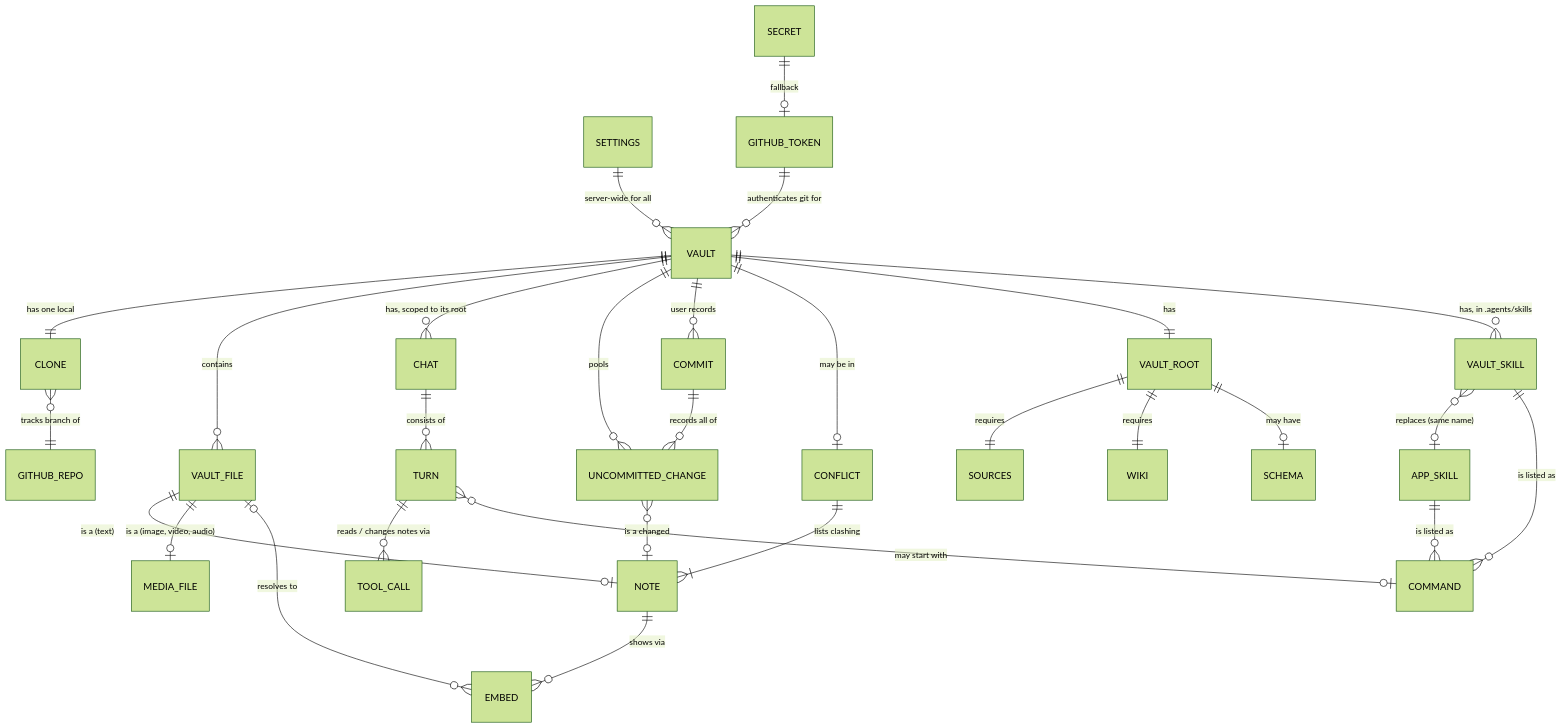
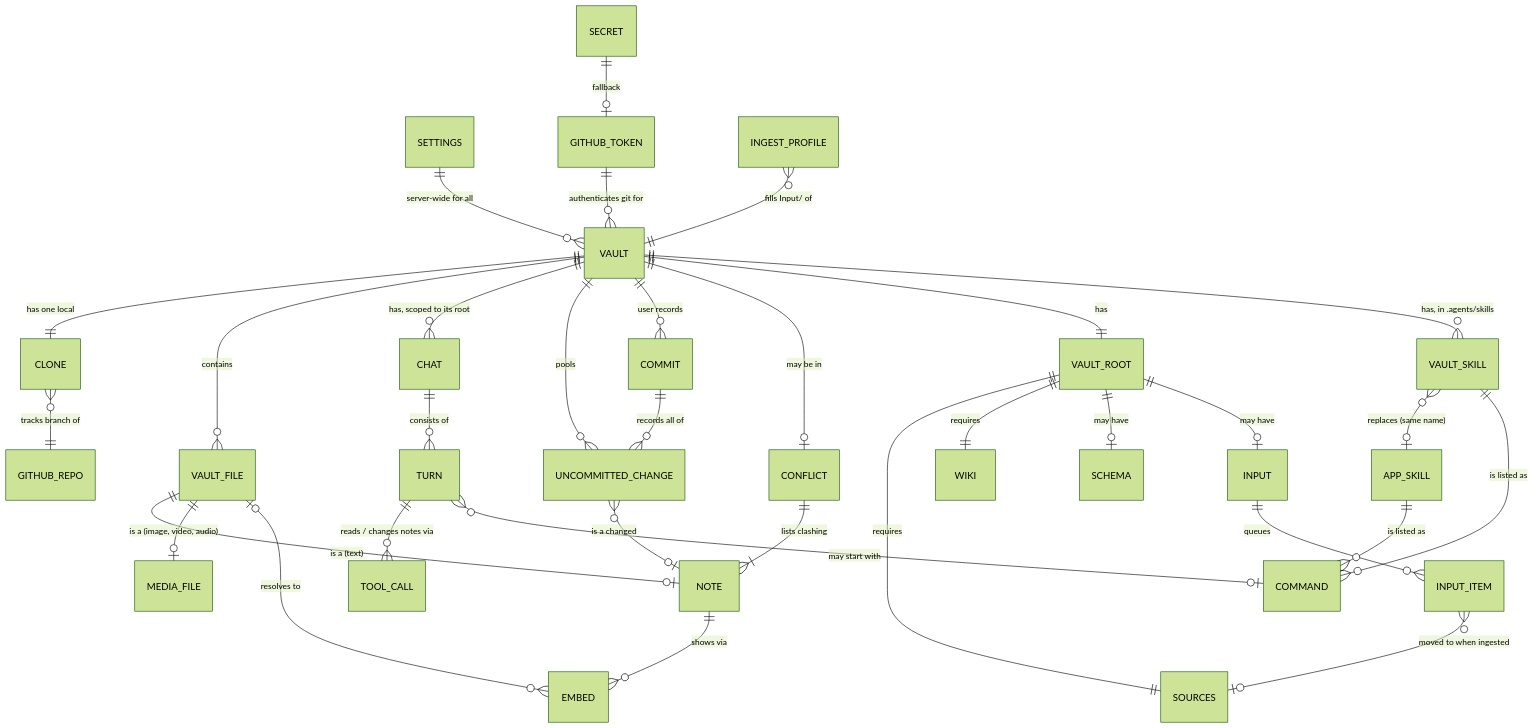
Before and after one commit to tillg/karpathy.app: the third of 21 diagrams in specs/system/domain.md, drawn with Mermaid (forest theme). The commit also changed other lines of this file and 5 other files, not shown here.

````diff
--- a/specs/system/domain.md
+++ b/specs/system/domain.md
@@ -246,31 +266,35 @@
 ```mermaid
 erDiagram
   SETTINGS ||--o{ VAULT : "server-wide for all"
   VAULT ||--|| CLONE : "has one local"
   VAULT ||--o{ VAULT_FILE : contains
   VAULT_FILE ||--o| NOTE : "is a (text)"
   VAULT_FILE ||--o| MEDIA_FILE : "is a (image, video, audio)"
   NOTE ||--o{ EMBED : "shows via"
   EMBED }o--o| VAULT_FILE : "resolves to"
   VAULT ||--o{ CHAT : "has, scoped to its root"
   CHAT ||--o{ TURN : "consists of"
   TURN ||--o{ TOOL_CALL : "reads / changes notes via"
   VAULT ||--o{ UNCOMMITTED_CHANGE : pools
   UNCOMMITTED_CHANGE }o--o| NOTE : "is a changed"
   VAULT ||--o{ COMMIT : "user records"
   COMMIT ||--o{ UNCOMMITTED_CHANGE : "records all of"
   VAULT ||--o| CONFLICT : "may be in"
   CONFLICT ||--|{ NOTE : "lists clashing"
   CLONE }o--|| GITHUB_REPO : "tracks branch of"
   GITHUB_TOKEN ||--o{ VAULT : "authenticates git for"
   SECRET ||--o| GITHUB_TOKEN : "fallback"
   VAULT ||--|| VAULT_ROOT : has
   VAULT_ROOT ||--|| SOURCES : "requires"
   VAULT_ROOT ||--|| WIKI : "requires"
   VAULT_ROOT ||--o| SCHEMA : "may have"
+  VAULT_ROOT ||--o| INPUT : "may have"
+  INPUT ||--o{ INPUT_ITEM : "queues"
+  INPUT_ITEM }o--o| SOURCES : "moved to when ingested"
+  INGEST_PROFILE }o--|| VAULT : "fills Input/ of"
   VAULT ||--o{ VAULT_SKILL : "has, in .agents/skills"
   VAULT_SKILL }o--o| APP_SKILL : "replaces (same name)"
   VAULT_SKILL ||--o{ COMMAND : "is listed as"
   APP_SKILL ||--o{ COMMAND : "is listed as"
   TURN }o--o| COMMAND : "may start with"
 ```
````
